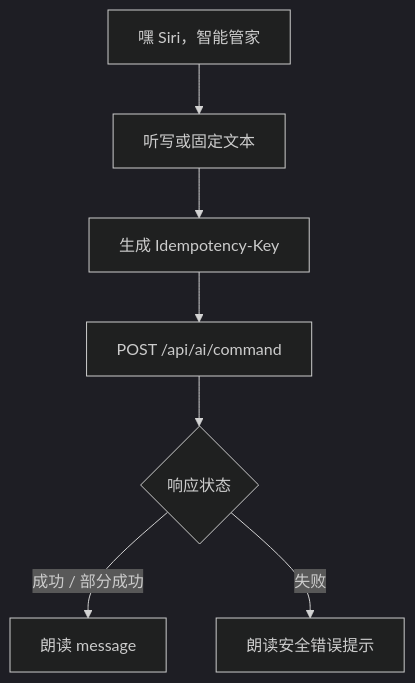
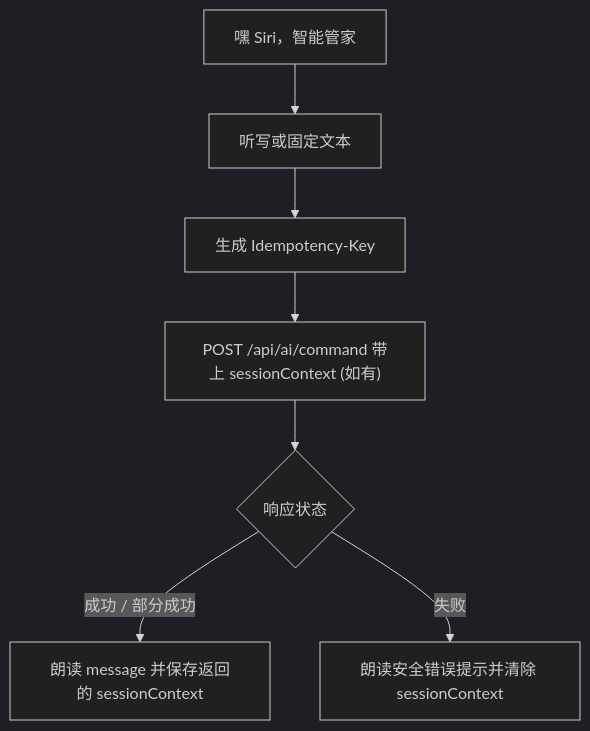
Diagram 13 of 19 in docs/ai-home-poc-design.md (zhangys10/mijia-web-console), drawn with Mermaid (dark theme) before and after one commit. The commit also changed other lines of this file and 17 other files, not shown here.

````diff
--- a/docs/ai-home-poc-design.md
+++ b/docs/ai-home-poc-design.md
@@ -654,9 +675,9 @@
 ```mermaid
 flowchart TD
     A["嘿 Siri，智能管家"] --> B["听写或固定文本"]
     B --> C["生成 Idempotency-Key"]
-    C --> D["POST /api/ai/command"]
+    C --> D["POST /api/ai/command 带上 sessionContext (如有)"]
     D --> E{"响应状态"}
-    E -- 成功 / 部分成功 --> F["朗读 message"]
-    E -- 失败 --> G["朗读安全错误提示"]
+    E -- 成功 / 部分成功 --> F["朗读 message 并保存返回的 sessionContext"]
+    E -- 失败 --> G["朗读安全错误提示并清除 sessionContext"]
 ```
````
